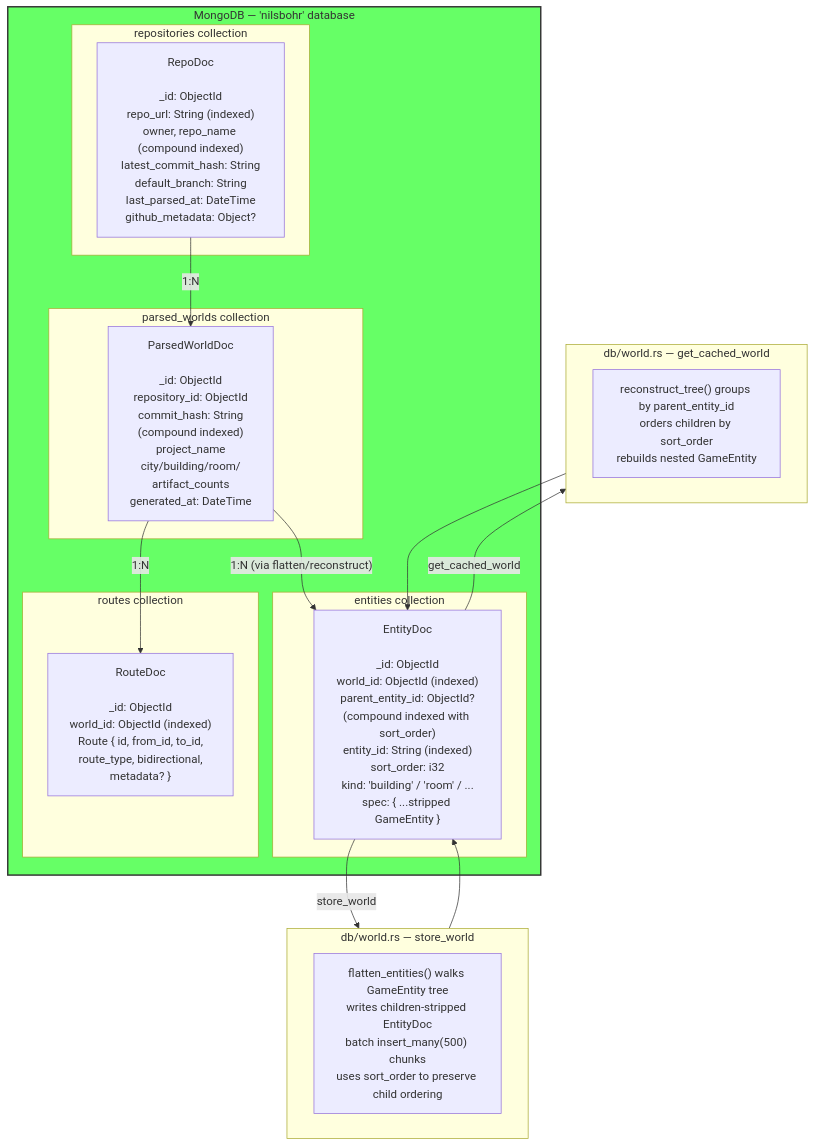
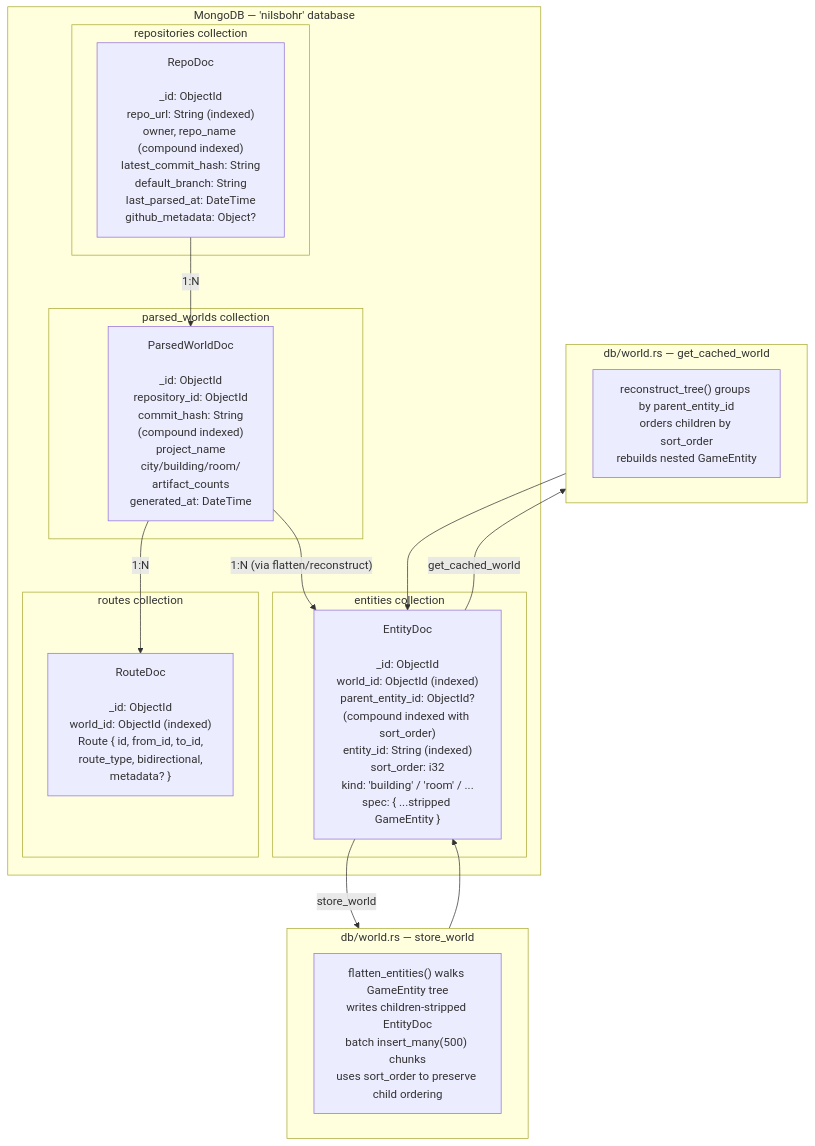
The eighth of 10 diagrams in diagrams/architecture.md (Not-Buddy/nilsbohr), drawn with Mermaid before and after one commit. The commit also changed other lines of this file and 1 other file, not shown here.

Commit message:
fix to diagrams

````diff
--- a/diagrams/architecture.md
+++ b/diagrams/architecture.md
@@ -646,39 +609,38 @@
 ```mermaid
 graph TB
     subgraph Mongo["MongoDB — 'nilsbohr' database"]
         subgraph ReposCol["repositories collection"]
             RepoDoc["RepoDoc<br/><br/>_id: ObjectId<br/>repo_url: String (indexed)<br/>owner, repo_name (compound indexed)<br/>latest_commit_hash: String<br/>default_branch: String<br/>last_parsed_at: DateTime<br/>github_metadata: Object?"]
         end
 
         subgraph WorldsCol["parsed_worlds collection"]
             WorldDoc["ParsedWorldDoc<br/><br/>_id: ObjectId<br/>repository_id: ObjectId<br/>commit_hash: String<br/>(compound indexed)<br/>project_name<br/>city/building/room/<br/>artifact_counts<br/>generated_at: DateTime"]
         end
 
         subgraph EntitiesCol["entities collection"]
             EntityDoc["EntityDoc<br/><br/>_id: ObjectId<br/>world_id: ObjectId (indexed)<br/>parent_entity_id: ObjectId?<br/>(compound indexed with sort_order)<br/>entity_id: String (indexed)<br/>sort_order: i32<br/>kind: 'building' / 'room' / ...<br/>spec: { ...stripped GameEntity }"]
         end
 
         subgraph RoutesCol["routes collection"]
             RouteDoc["RouteDoc<br/><br/>_id: ObjectId<br/>world_id: ObjectId (indexed)<br/>Route { id, from_id, to_id,<br/>route_type, bidirectional,<br/>metadata? }"]
         end
     end
 
     RepoDoc -->|"1:N"| WorldDoc
     WorldDoc -->|"1:N (via flatten/reconstruct)"| EntityDoc
     WorldDoc -->|"1:N"| RouteDoc
 
     subgraph Flatten["db/world.rs — store_world"]
         FlattenNote["flatten_entities() walks GameEntity tree<br/>writes children-stripped EntityDoc<br/>batch insert_many(500) chunks<br/>uses sort_order to preserve child ordering"]
     end
 
     subgraph Reconstruct["db/world.rs — get_cached_world"]
         ReconstructNote["reconstruct_tree() groups by parent_entity_id<br/>orders children by sort_order<br/>rebuilds nested GameEntity"]
     end
 
     EntityDoc -->|"store_world"| Flatten
     Flatten --> EntityDoc
     EntityDoc -->|"get_cached_world"| Reconstruct
     Reconstruct --> EntityDoc
 
-    style Mongo fill:#6f6,stroke:#333,stroke-width:2px
 ```
````
